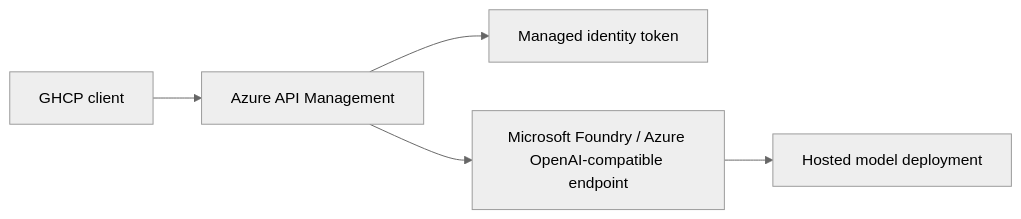
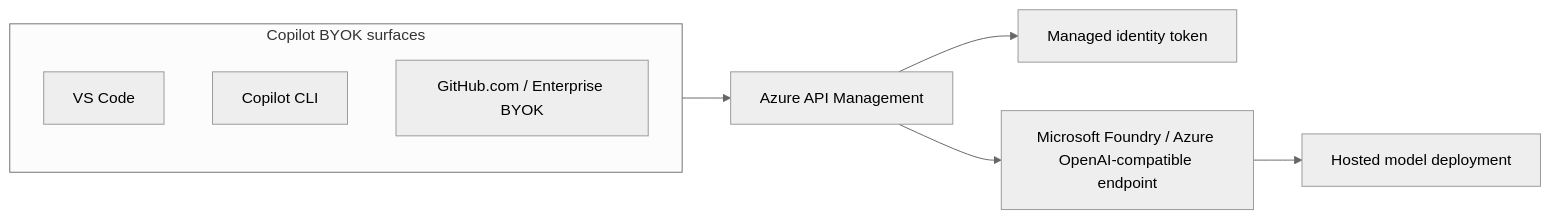
Before and after one commit to Frank802/ghcp-byok-apim: the diagram in docs/reference-architecture.md, drawn with Mermaid (neutral theme). The commit also changed other lines of this file and 2 other files, not shown here.

````diff
--- a/docs/reference-architecture.md
+++ b/docs/reference-architecture.md
@@ -3,7 +3,12 @@
 ```mermaid
 flowchart LR
-  GHCP[GHCP client] --> APIM[Azure API Management]
+  subgraph Clients["Copilot BYOK surfaces"]
+    VSCODE[VS Code]
+    CLI[Copilot CLI]
+    WEB[GitHub.com / Enterprise BYOK]
+  end
+  Clients --> APIM[Azure API Management]
   APIM --> MI[Managed identity token]
   APIM --> FOUNDRY[Microsoft Foundry / Azure OpenAI-compatible endpoint]
   FOUNDRY --> MODEL[Hosted model deployment]
 ```
````
